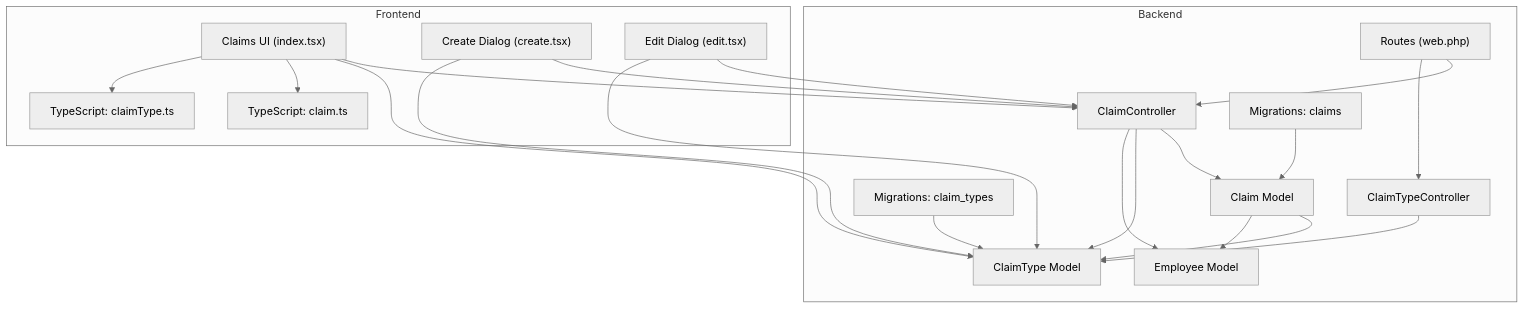
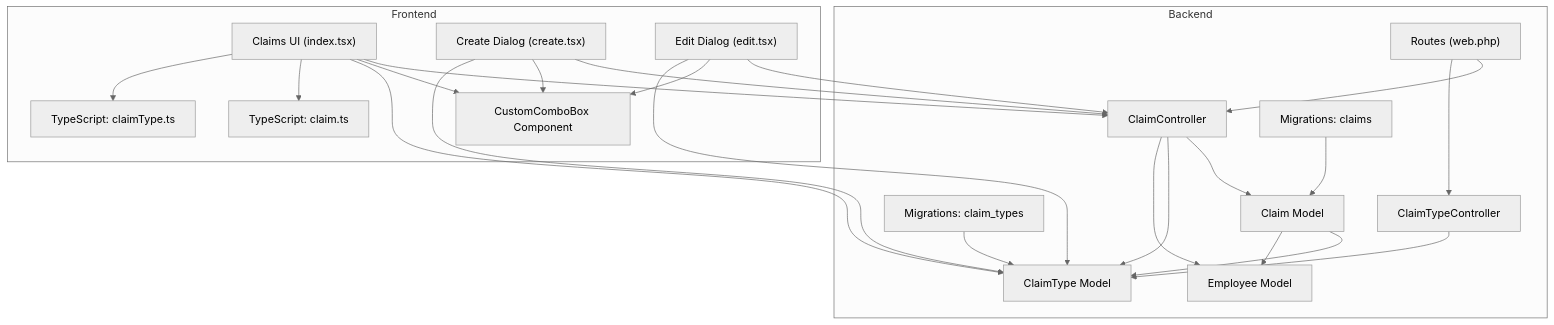
One commit to vincet0t15/template changed the first of 7 diagrams in .qoder/repowiki/en/content/Employee Management/Employee Claims Management.md. Above: the diagram before and after it, drawn with Mermaid (neutral theme). The commit also changed other lines of this file and 12 other files, not shown here.

````diff
--- a/.qoder/repowiki/en/content/Employee Management/Employee Claims Management.md
+++ b/.qoder/repowiki/en/content/Employee Management/Employee Claims Management.md
@@ -37,38 +46,42 @@
 ```mermaid
 graph TB
 subgraph "Backend"
 RC["Routes (web.php)"]
 CC["ClaimController"]
 CTC["ClaimTypeController"]
 CM["Claim Model"]
 CTM["ClaimType Model"]
 EM["Employee Model"]
 MIG1["Migrations: claims"]
 MIG2["Migrations: claim_types"]
 end
 subgraph "Frontend"
 UIIDX["Claims UI (index.tsx)"]
 UICRT["Create Dialog (create.tsx)"]
 UIEDT["Edit Dialog (edit.tsx)"]
+CB["CustomComboBox Component"]
 TCLAIM["TypeScript: claim.ts"]
 TCTYPE["TypeScript: claimType.ts"]
 end
 RC --> CC
 RC --> CTC
 CC --> CM
 CC --> CTM
 CC --> EM
 CTC --> CTM
 CM --> CTM
 CM --> EM
 MIG1 --> CM
 MIG2 --> CTM
 UIIDX --> CC
 UICRT --> CC
 UIEDT --> CC
+UIIDX --> CB
+UICRT --> CB
+UIEDT --> CB
 UIIDX --> CTM
 UICRT --> CTM
 UIEDT --> CTM
 UIIDX --> TCLAIM
 UIIDX --> TCTYPE
 ```
````
